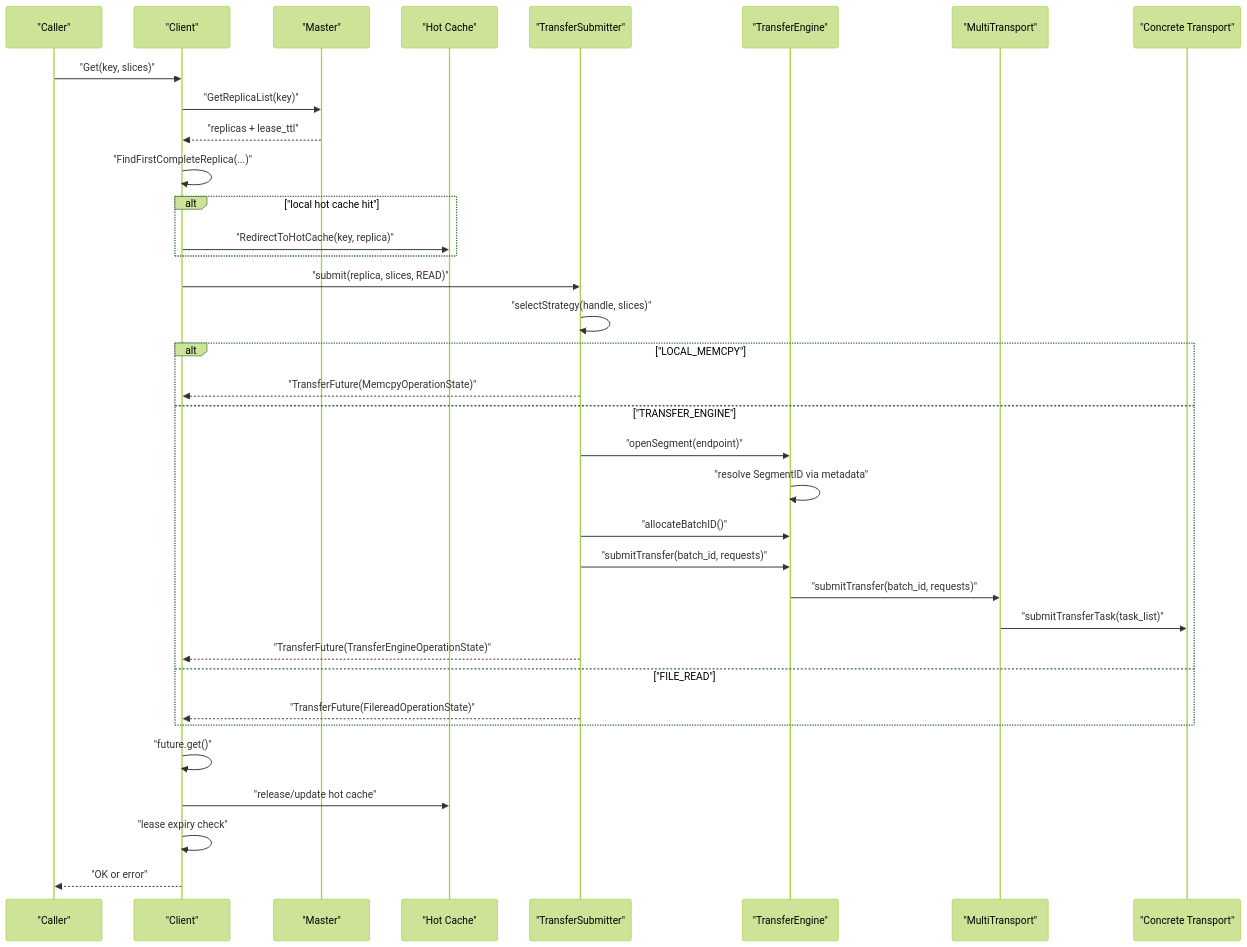
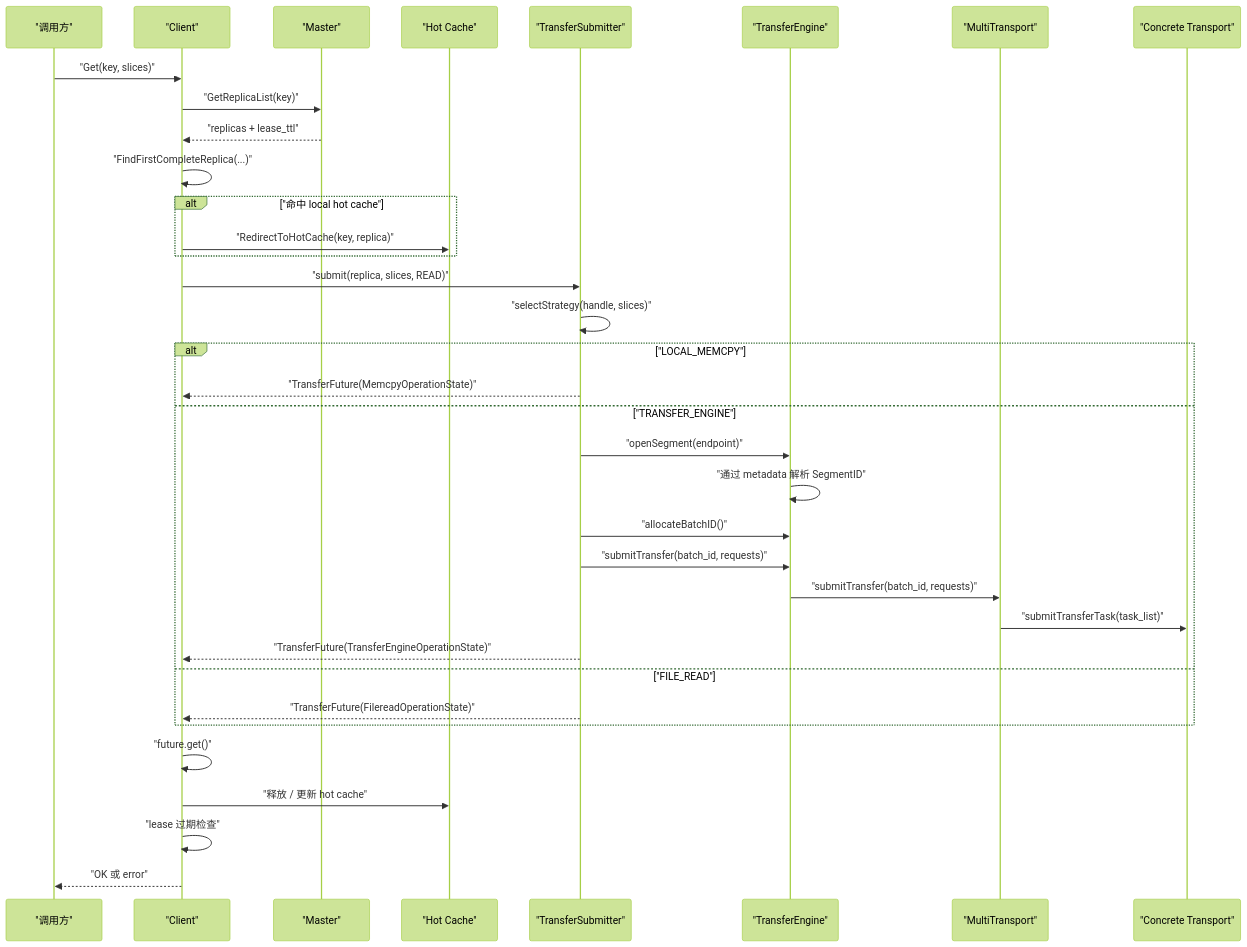
One commit to bigboywwn/AI_coding changed the second of 4 diagrams in docs/mooncake-transfer-paths.md. Above: the diagram before and after it, drawn with Mermaid (forest theme). The commit also changed other lines of this file and 3 other files, not shown here.

````diff
--- a/docs/mooncake-transfer-paths.md
+++ b/docs/mooncake-transfer-paths.md
@@ -80,38 +80,38 @@
 ```mermaid
 sequenceDiagram
-  participant U as "Caller"
+  participant U as "调用方"
   participant C as "Client"
   participant M as "Master"
   participant HC as "Hot Cache"
   participant TS as "TransferSubmitter"
   participant TE as "TransferEngine"
   participant MT as "MultiTransport"
   participant T as "Concrete Transport"
 
   U->>C: "Get(key, slices)"
   C->>M: "GetReplicaList(key)"
   M-->>C: "replicas + lease_ttl"
   C->>C: "FindFirstCompleteReplica(...)"
-  alt "local hot cache hit"
+  alt "命中 local hot cache"
     C->>HC: "RedirectToHotCache(key, replica)"
   end
   C->>TS: "submit(replica, slices, READ)"
   TS->>TS: "selectStrategy(handle, slices)"
   alt "LOCAL_MEMCPY"
     TS-->>C: "TransferFuture(MemcpyOperationState)"
   else "TRANSFER_ENGINE"
     TS->>TE: "openSegment(endpoint)"
-    TE->>TE: "resolve SegmentID via metadata"
+    TE->>TE: "通过 metadata 解析 SegmentID"
     TS->>TE: "allocateBatchID()"
     TS->>TE: "submitTransfer(batch_id, requests)"
     TE->>MT: "submitTransfer(batch_id, requests)"
     MT->>T: "submitTransferTask(task_list)"
     TS-->>C: "TransferFuture(TransferEngineOperationState)"
   else "FILE_READ"
     TS-->>C: "TransferFuture(FilereadOperationState)"
   end
   C->>C: "future.get()"
-  C->>HC: "release/update hot cache"
-  C->>C: "lease expiry check"
-  C-->>U: "OK or error"
+  C->>HC: "释放 / 更新 hot cache"
+  C->>C: "lease 过期检查"
+  C-->>U: "OK 或 error"
 ```
````
